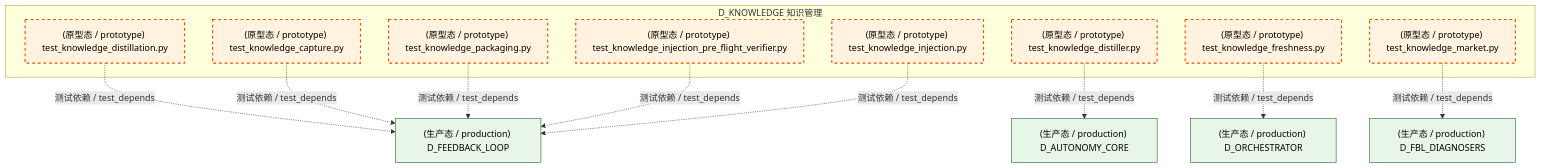
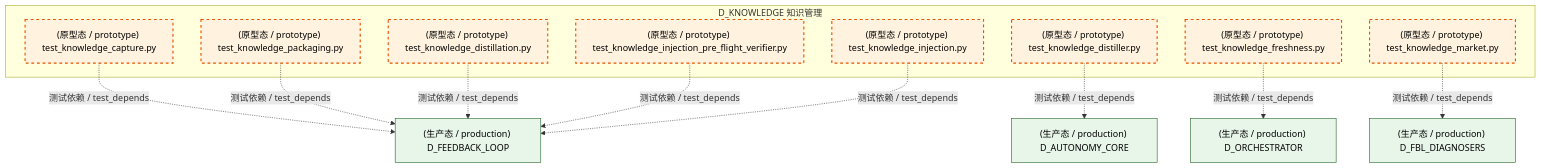
The second of 5 diagrams in docs/02_enterprise_architecture/02_domain_architecture_docs/48_d_knowledge.md (xuanFelixVan/ZephyrAlpha), drawn with Mermaid before and after one commit. The commit also changed other lines of this file and 126 other files, not shown here.

````diff
--- a/docs/02_enterprise_architecture/02_domain_architecture_docs/48_d_knowledge.md
+++ b/docs/02_enterprise_architecture/02_domain_architecture_docs/48_d_knowledge.md
@@ -175,31 +174,31 @@
 ```mermaid
 graph TD
     subgraph D_KNOWLEDGE["D_KNOWLEDGE 知识管理"]
         tests_knowledge_engine_test_knowledge_capture_py["(原型态 / prototype) test_knowledge_capture.py"]
         tests_knowledge_engine_test_knowledge_distillation_py["(原型态 / prototype) test_knowledge_distillation.py"]
         tests_knowledge_engine_test_knowledge_distiller_py["(原型态 / prototype) test_knowledge_distiller.py"]
         tests_knowledge_engine_test_knowledge_freshness_py["(原型态 / prototype) test_knowledge_freshness.py"]
         tests_knowledge_engine_test_knowledge_injection_py["(原型态 / prototype) test_knowledge_injection.py"]
         tests_knowledge_engine_test_knowledge_injection_pre_flight_verifier_py["(原型态 / prototype) test_knowledge_injection_pre_flight_verifier.py"]
         tests_knowledge_engine_test_knowledge_market_py["(原型态 / prototype) test_knowledge_market.py"]
         tests_knowledge_engine_test_knowledge_packaging_py["(原型态 / prototype) test_knowledge_packaging.py"]
     end
-    D_FEEDBACK_LOOP["(生产态 / production) D_FEEDBACK_LOOP"]
-    tests_knowledge_engine_test_knowledge_distillation_py -.->|测试依赖 / test_depends| D_FEEDBACK_LOOP
     D_AUTONOMY_CORE["(生产态 / production) D_AUTONOMY_CORE"]
     tests_knowledge_engine_test_knowledge_distiller_py -.->|测试依赖 / test_depends| D_AUTONOMY_CORE
+    D_FEEDBACK_LOOP["(生产态 / production) D_FEEDBACK_LOOP"]
     tests_knowledge_engine_test_knowledge_capture_py -.->|测试依赖 / test_depends| D_FEEDBACK_LOOP
     tests_knowledge_engine_test_knowledge_packaging_py -.->|测试依赖 / test_depends| D_FEEDBACK_LOOP
-    tests_knowledge_engine_test_knowledge_injection_pre_flight_verifier_py -.->|测试依赖 / test_depends| D_FEEDBACK_LOOP
+    tests_knowledge_engine_test_knowledge_distillation_py -.->|测试依赖 / test_depends| D_FEEDBACK_LOOP
     D_FBL_DIAGNOSERS["(生产态 / production) D_FBL_DIAGNOSERS"]
     tests_knowledge_engine_test_knowledge_market_py -.->|测试依赖 / test_depends| D_FBL_DIAGNOSERS
+    tests_knowledge_engine_test_knowledge_injection_pre_flight_verifier_py -.->|测试依赖 / test_depends| D_FEEDBACK_LOOP
     tests_knowledge_engine_test_knowledge_injection_py -.->|测试依赖 / test_depends| D_FEEDBACK_LOOP
     D_ORCHESTRATOR["(生产态 / production) D_ORCHESTRATOR"]
     tests_knowledge_engine_test_knowledge_freshness_py -.->|测试依赖 / test_depends| D_ORCHESTRATOR
     classDef production fill:#e1f5fe,stroke:#01579b,stroke-width:2px,color:#000
     classDef design fill:#fff3e0,stroke:#e65100,stroke-width:2px,color:#000,stroke-dasharray: 5 5
     classDef external_prod fill:#e8f5e9,stroke:#1b5e20,stroke-width:1px,color:#000
     classDef external_design fill:#fce4ec,stroke:#880e4f,stroke-width:1px,color:#000,stroke-dasharray: 5 5
     class tests_knowledge_engine_test_knowledge_capture_py,tests_knowledge_engine_test_knowledge_distillation_py,tests_knowledge_engine_test_knowledge_distiller_py,tests_knowledge_engine_test_knowledge_freshness_py,tests_knowledge_engine_test_knowledge_injection_py,tests_knowledge_engine_test_knowledge_injection_pre_flight_verifier_py,tests_knowledge_engine_test_knowledge_market_py,tests_knowledge_engine_test_knowledge_packaging_py design
-    class D_FEEDBACK_LOOP,D_AUTONOMY_CORE,D_FBL_DIAGNOSERS,D_ORCHESTRATOR external_prod
+    class D_AUTONOMY_CORE,D_FEEDBACK_LOOP,D_FBL_DIAGNOSERS,D_ORCHESTRATOR external_prod
 ```
````
